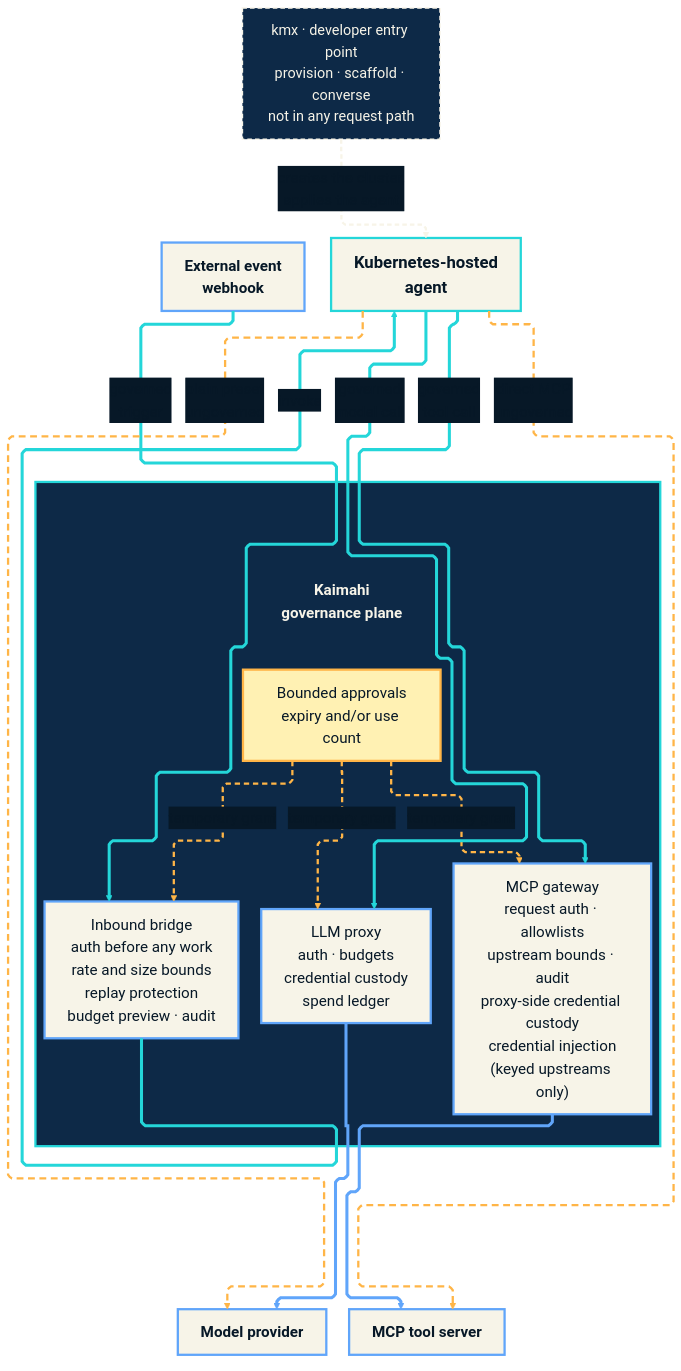
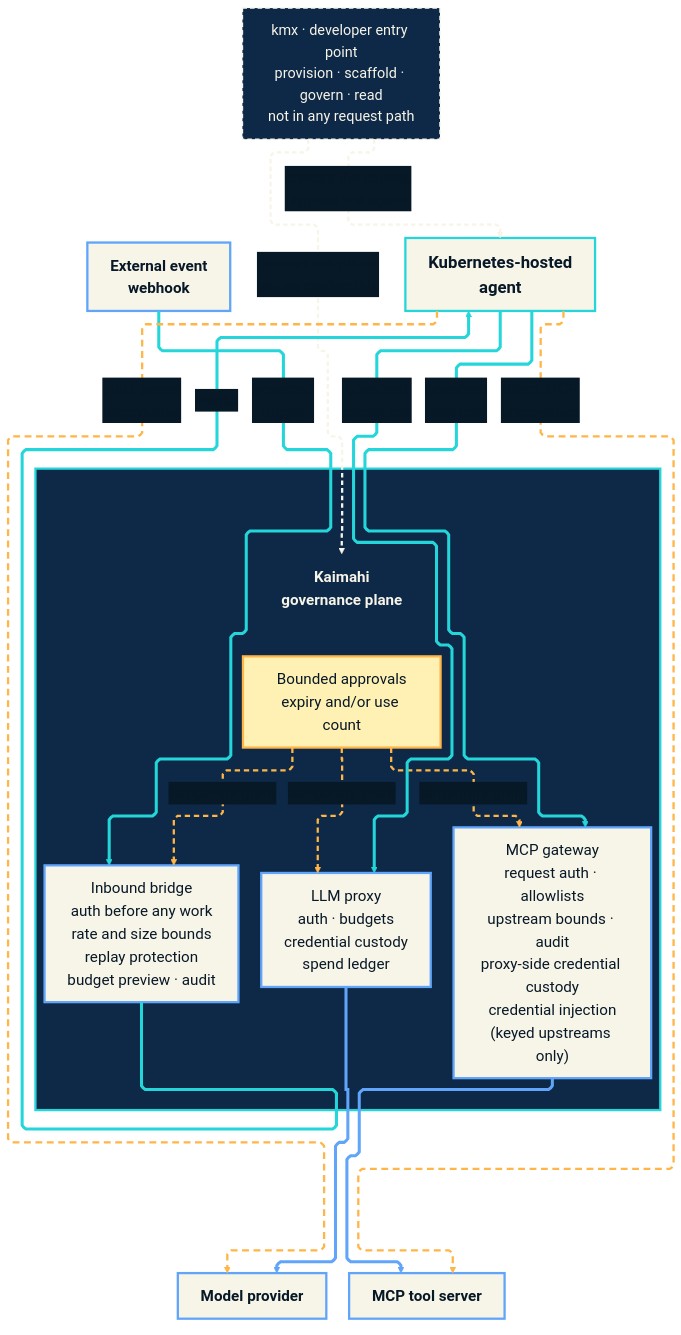
Before and after one commit to gambtho/tomte: the diagram in docs/assets/architecture.mmd, drawn with Mermaid. The commit also changed 2 other files, not shown here.

Commit message:
docs: kmx reaches the plane too, after milestone 2
Milestone 2 (#64) landed while this PR was open: kmx now has plane, govern,
ledger, grants and audit. The diagram showed kmx creating the cluster and
applying the agent, and nothing else — which understated it and would have
merged already stale.

Adds the second tooling edge, kmx deploying the plane and issuing
credentials, and widens the node's label to provision · scaffold · govern ·
read.

'Not in any request path' still holds, and is worth keeping for exactly the
reason it was added: kmx deploys the plane, repoints an agent at it and
reads the ledger, but none of that puts it in the agent's model, tool or
inbound path. Provisioning and configuring a control point is not the same
as standing in one — the distinction the label protects.

linkStyle indices shifted again, as they do every time: the new edge landed
at index 5, so ranges past it moved. Re-mapped all 14 edges to their
resolved colour before regenerating, and asserted none was left unstyled.

accDescr and the README alt text both updated to match. 25 paths, title
preserved, all doc checks pass.

```diff
--- a/docs/assets/architecture.mmd
+++ b/docs/assets/architecture.mmd
@@ -1,94 +1,95 @@
 ---
 config:
   theme: base
   themeCSS: |
     .edgeLabels .edgeLabel span,
     .edgeLabels .edgeLabel p {
       color: #F7F4E8 !important;
       fill: #F7F4E8 !important;
     }
   layout: elk
   elk:
     mergeEdges: false
     nodePlacementStrategy: SIMPLE
     nodePlacementAlignment: BALANCED
     forceNodeModelOrder: true
     considerModelOrder: NODES_AND_EDGES
   flowchart:
     htmlLabels: true
     nodeSpacing: 24
     rankSpacing: 36
     curve: linear
   themeVariables:
     background: "#071827"
     fontFamily: "Arial, Helvetica, sans-serif"
     fontSize: 20px
     textColor: "#F7F4E8"
     titleColor: "#F7F4E8"
     nodeTextColor: "#F7F4E8"
     primaryColor: "#F7F4E8"
     primaryTextColor: "#071827"
     primaryBorderColor: "#24D6D9"
     lineColor: "#24D6D9"
     edgeLabelBackground: "#071827"
     clusterBkg: "#0D2947"
     clusterBorder: "#24D6D9"
 ---
 flowchart TB
     accTitle: Kaimahi governance architecture
-    accDescr: The kmx developer entry point provisions the cluster and scaffolds agents, sitting outside every request path. A Kubernetes-hosted agent then reaches models and tools through Kaimahi's governed paths, and external events reach the agent through Kaimahi's governed inbound bridge, while dashed direct paths are explicitly ungoverned.
+    accDescr: The kmx developer entry point provisions the cluster, scaffolds agents and deploys the governance plane, sitting outside every request path. A Kubernetes-hosted agent then reaches models and tools through Kaimahi's governed paths, and external events reach the agent through Kaimahi's governed inbound bridge, while dashed direct paths are explicitly ungoverned.
 
-    D["kmx · developer entry point<br/>provision · scaffold · converse<br/>not in any request path"]
+    D["kmx · developer entry point<br/>provision · scaffold · govern · read<br/>not in any request path"]
     W["External event<br/>webhook"]
     A["Kubernetes-hosted<br/>agent"]
 
     subgraph K[" "]
       direction TB
       H["Kaimahi<br/>governance plane"]
       P["Bounded approvals<br/>expiry and/or use count"]
       L["LLM proxy<br/>auth · budgets<br/>credential custody<br/>spend ledger"]
       T["MCP gateway<br/>request auth · allowlists<br/>upstream bounds · audit<br/>proxy-side credential custody<br/>credential injection<br/>(keyed upstreams only)"]
       N["Inbound bridge<br/>auth before any work<br/>rate and size bounds<br/>replay protection<br/>budget preview · audit"]
       H ~~~ P
       P -. "temporary grant" .-> L
       P -. "temporary grant" .-> T
       P -. "temporary grant" .-> N
     end
 
     subgraph E[" "]
       direction LR
       M["Model provider"]
       X["MCP tool server"]
     end
 
     D -. "creates the cluster,<br/>applies the agent" .-> A
+    D -. "deploys the plane,<br/>issues credentials" .-> H
     W -->|"governed<br/>trigger"| N
     N -->|"invoke"| A
     A -->|"governed<br/>model call"| L
     A -->|"governed<br/>tool call"| T
     L --> M
     T --> X
     A -. "plain preset<br/>ungoverned" .-> M
     A -. "direct MCP<br/>ungoverned" .-> X
 
     classDef agent fill:#F7F4E8,color:#071827,stroke:#24D6D9,stroke-width:3px,font-size:22px,font-weight:bold;
     classDef control fill:#F7F4E8,color:#071827,stroke:#60A5FA,stroke-width:3px,font-size:20px;
     classDef approval fill:#FFF1B3,color:#071827,stroke:#FFB547,stroke-width:3px,font-size:20px;
     classDef target fill:#F7F4E8,color:#071827,stroke:#60A5FA,stroke-width:3px,font-size:20px,font-weight:bold;
     classDef tooling fill:#0D2947,color:#F7F4E8,stroke:#F7F4E8,stroke-width:2px,stroke-dasharray:6 4,font-size:19px;
     classDef heading fill:transparent,color:#F7F4E8,stroke:transparent,font-size:20px,font-weight:bold;
     class A agent;
     class L,T,N control;
     class P approval;
     class H heading;
     class M,X target;
     class W target;
     class D tooling;
     style K fill:#0D2947,stroke:#24D6D9,stroke-width:3px,color:#F7F4E8
     style E fill:transparent,stroke:transparent
     linkStyle 0 stroke:transparent,fill:none;
     linkStyle 1,2,3 stroke:#FFB547,color:#FFF1B3,stroke-width:3px,stroke-dasharray:7 5;
-    linkStyle 4 stroke:#F7F4E8,color:#F7F4E8,stroke-width:3px,stroke-dasharray:6 4;
-    linkStyle 5,6,7,8 stroke:#24D6D9,color:#F7F4E8,stroke-width:4px;
-    linkStyle 9,10 stroke:#60A5FA,color:#F7F4E8,stroke-width:4px;
-    linkStyle 11,12 stroke:#FFB547,color:#FFF1B3,stroke-width:3px,stroke-dasharray:9 6;
+    linkStyle 4,5 stroke:#F7F4E8,color:#F7F4E8,stroke-width:3px,stroke-dasharray:6 4;
+    linkStyle 6,7,8,9 stroke:#24D6D9,color:#F7F4E8,stroke-width:4px;
+    linkStyle 10,11 stroke:#60A5FA,color:#F7F4E8,stroke-width:4px;
+    linkStyle 12,13 stroke:#FFB547,color:#FFF1B3,stroke-width:3px,stroke-dasharray:9 6;
```
